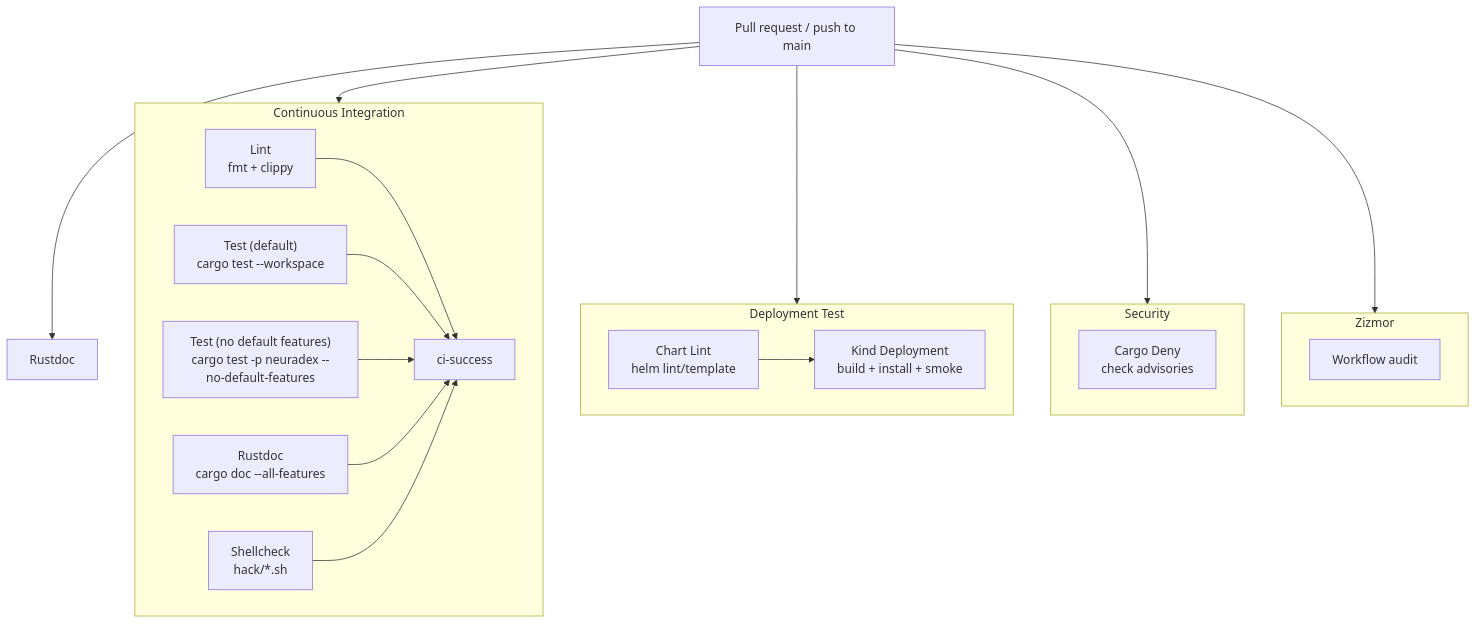
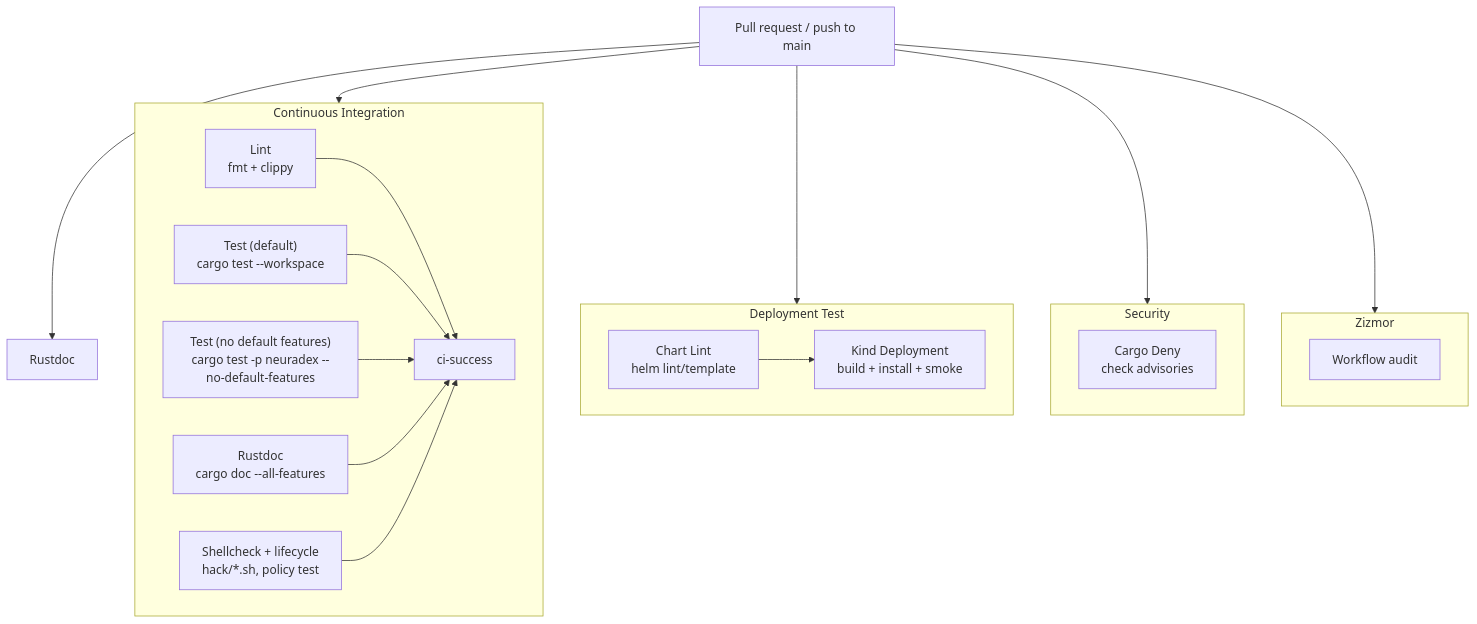
One commit to mkroman/neuradex changed the diagram in docs/development/ci.md. Above: the diagram before and after it, drawn with Mermaid. The commit also changed other lines of this file and 9 other files, not shown here.

Commit message:
chore: test lifecycle policy in CI and refresh docs

````diff
--- a/docs/development/ci.md
+++ b/docs/development/ci.md
@@ -8,36 +8,36 @@
 ```mermaid
 flowchart TB
     PR["Pull request / push to main"] --> CIW["Continuous Integration"]
     PR --> DEP["Deployment Test"]
     PR --> SEC["Security"]
     PR --> Z["Zizmor"]
     PR --> DOC["Rustdoc"]
 
     subgraph CIW["Continuous Integration"]
         L["Lint<br/>fmt + clippy"]
         T1["Test (default)<br/>cargo test --workspace"]
         T2["Test (no default features)<br/>cargo test -p neuradex --no-default-features"]
         R["Rustdoc<br/>cargo doc --all-features"]
-        S["Shellcheck<br/>hack/*.sh"]
+        S["Shellcheck + lifecycle<br/>hack/*.sh, policy test"]
         OK["ci-success"]
         L --> OK
         T1 --> OK
         T2 --> OK
         R --> OK
         S --> OK
     end
 
     subgraph DEP["Deployment Test"]
         CH["Chart Lint<br/>helm lint/template"]
         K["Kind Deployment<br/>build + install + smoke"]
         CH --> K
     end
 
     subgraph SEC["Security"]
         D["Cargo Deny<br/>check advisories"]
     end
 
     subgraph Z["Zizmor"]
         ZA["Workflow audit"]
     end
 ```
````
